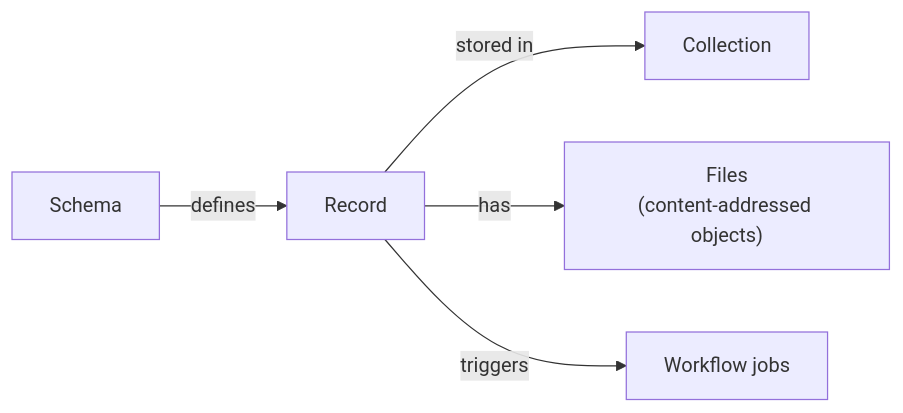
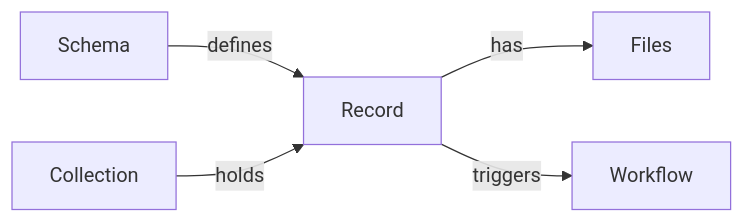
The diagram in docs/index.md (sullivan-james/civex-service), drawn with Mermaid before and after one commit. The commit also changed other lines of this file and 24 other files, not shown here.

````diff
--- a/docs/index.md
+++ b/docs/index.md
@@ -18,7 +27,7 @@
 ```mermaid
 flowchart LR
     S[Schema] -->|defines| R[Record]
-    R -->|stored in| C[Collection]
-    R -->|has| F["Files<br>(content-addressed objects)"]
-    R -->|triggers| W[Workflow jobs]
+    C[Collection] -->|holds| R
+    R -->|has| F[Files]
+    R -->|triggers| W[Workflow]
 ```
````
